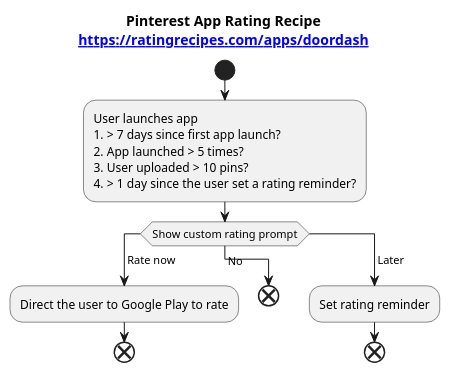
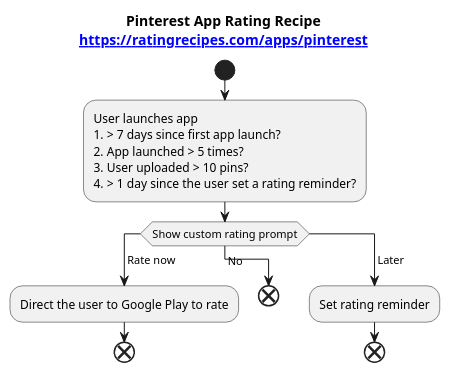
One commit to ratingrecipes/ratingrecipes changed the diagram in apps/pinterest/flow.iuml. Above: the diagram before and after it, drawn with PlantUML.

```diff
--- a/apps/pinterest/flow.iuml
+++ b/apps/pinterest/flow.iuml
@@ -1,23 +1,23 @@
 @startuml
 
-title Pinterest App Rating Recipe\n[[https://ratingrecipes.com/apps/doordash]]
+title Pinterest App Rating Recipe\n[[https://ratingrecipes.com/apps/pinterest]]
 
 start
 
 :User launches app
 # > 7 days since first app launch?
 # App launched > 5 times?
 # User uploaded > 10 pins?
 # > 1 day since the user set a rating reminder?;
 switch (Show custom rating prompt)
 case ( Rate now )
   :Direct the user to Google Play to rate;
   end
 case ( No ) 
   end
 case ( Later)
   :Set rating reminder;
   end
 endswitch
 
 @enduml
```
